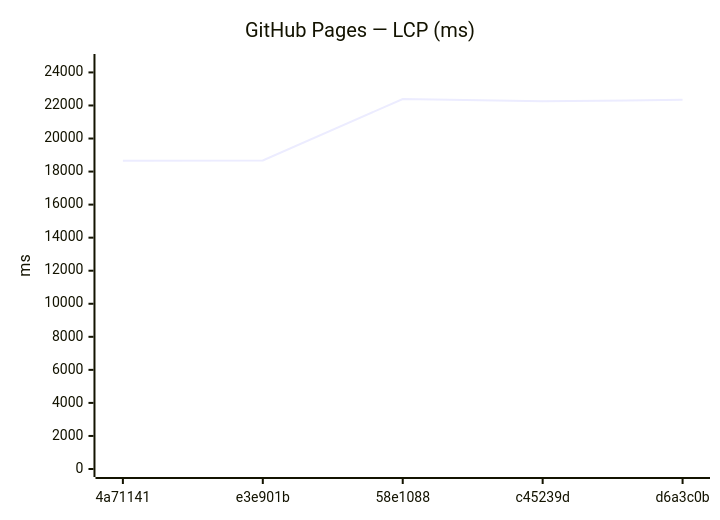
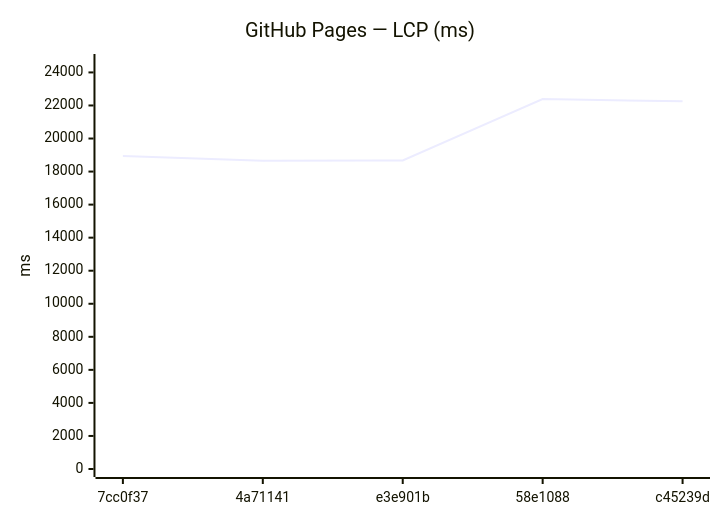
The ninth of 18 diagrams in benchmarks/compare.md (Metaheurist/Rianell), drawn with Mermaid before and after one commit. The commit also changed other lines of this file and 11 other files, not shown here.

````diff
--- a/benchmarks/compare.md
+++ b/benchmarks/compare.md
@@ -142,7 +142,7 @@
 ```mermaid
 xychart-beta
     title "GitHub Pages — LCP (ms)"
-    x-axis ["4a71141", "e3e901b", "58e1088", "c45239d", "d6a3c0b"]
+    x-axis ["7cc0f37", "4a71141", "e3e901b", "58e1088", "c45239d"]
     y-axis "ms" 0 --> 24631
-    line [18660, 18674, 22391, 22250, 22344]
+    line [18936, 18660, 18674, 22391, 22250]
 ```
````
